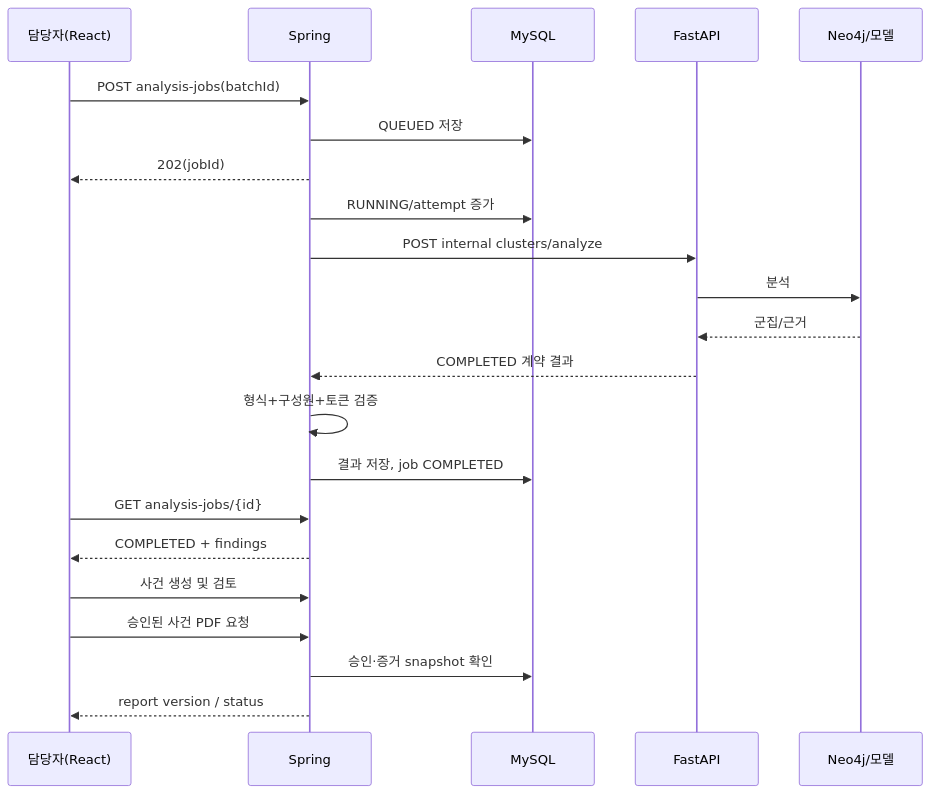
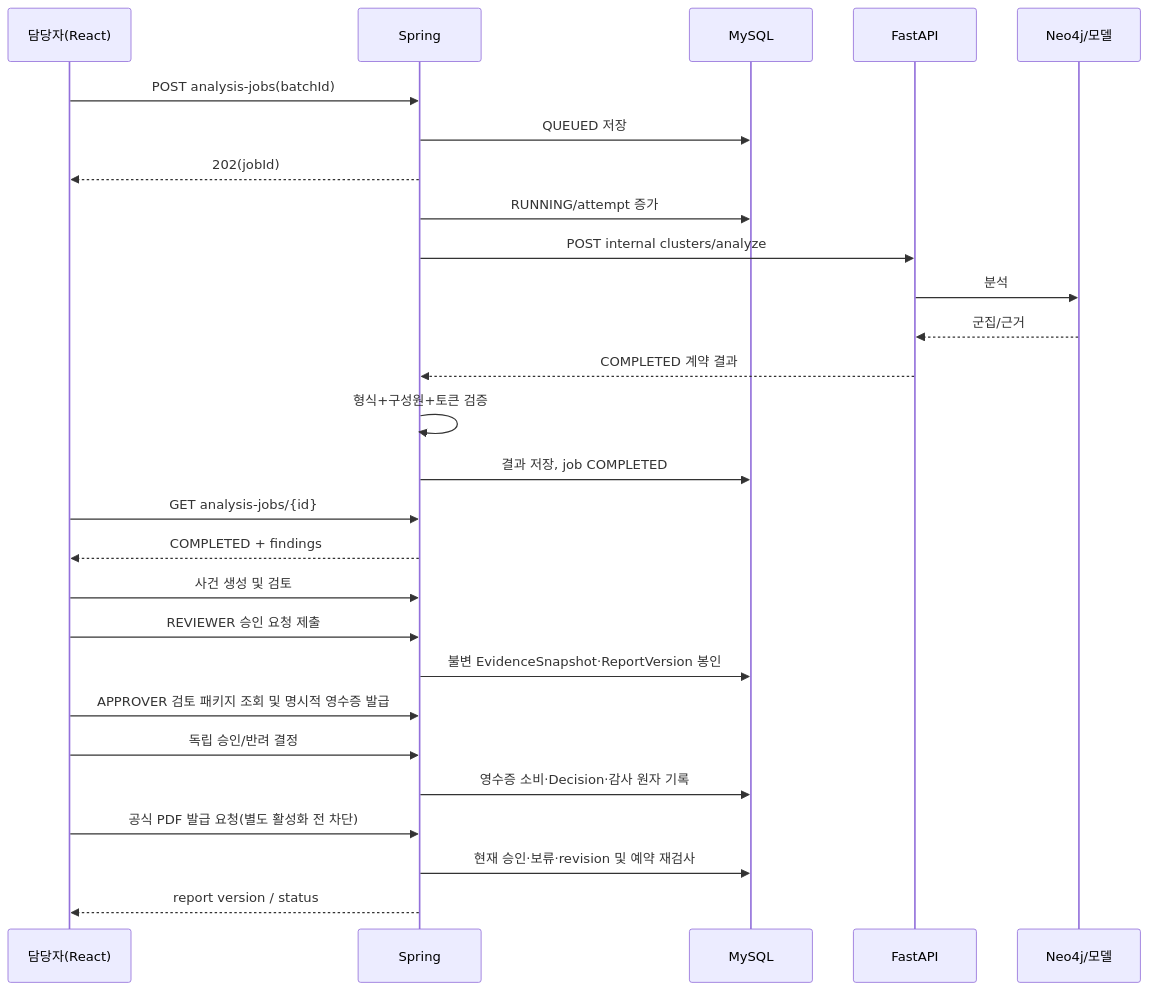
One commit to MINO-01/ticket-defender-specs changed the diagram in 04_사용자시나리오_업무흐름_상태전이.md. Above: the diagram before and after it, drawn with Mermaid. The commit also changed other lines of this file and 13 other files, not shown here.

````diff
--- a/04_사용자시나리오_업무흐름_상태전이.md
+++ b/04_사용자시나리오_업무흐름_상태전이.md
@@ -12,24 +12,29 @@
 ```mermaid
 sequenceDiagram
 participant U as 담당자(React)
 participant S as Spring
 participant M as MySQL
 participant P as FastAPI
 participant N as Neo4j/모델
 U->>S: POST analysis-jobs(batchId)
 S->>M: QUEUED 저장
 S-->>U: 202(jobId)
 S->>M: RUNNING/attempt 증가
 S->>P: POST internal clusters/analyze
 P->>N: 분석
 N-->>P: 군집/근거
 P-->>S: COMPLETED 계약 결과
 S->>S: 형식+구성원+토큰 검증
 S->>M: 결과 저장, job COMPLETED
 U->>S: GET analysis-jobs/{id}
 S-->>U: COMPLETED + findings
 U->>S: 사건 생성 및 검토
-U->>S: 승인된 사건 PDF 요청
-S->>M: 승인·증거 snapshot 확인
+U->>S: REVIEWER 승인 요청 제출
+S->>M: 불변 EvidenceSnapshot·ReportVersion 봉인
+U->>S: APPROVER 검토 패키지 조회 및 명시적 영수증 발급
+U->>S: 독립 승인/반려 결정
+S->>M: 영수증 소비·Decision·감사 원자 기록
+U->>S: 공식 PDF 발급 요청(별도 활성화 전 차단)
+S->>M: 현재 승인·보류·revision 및 예약 재검사
 S-->>U: report version / status
 ```
````
